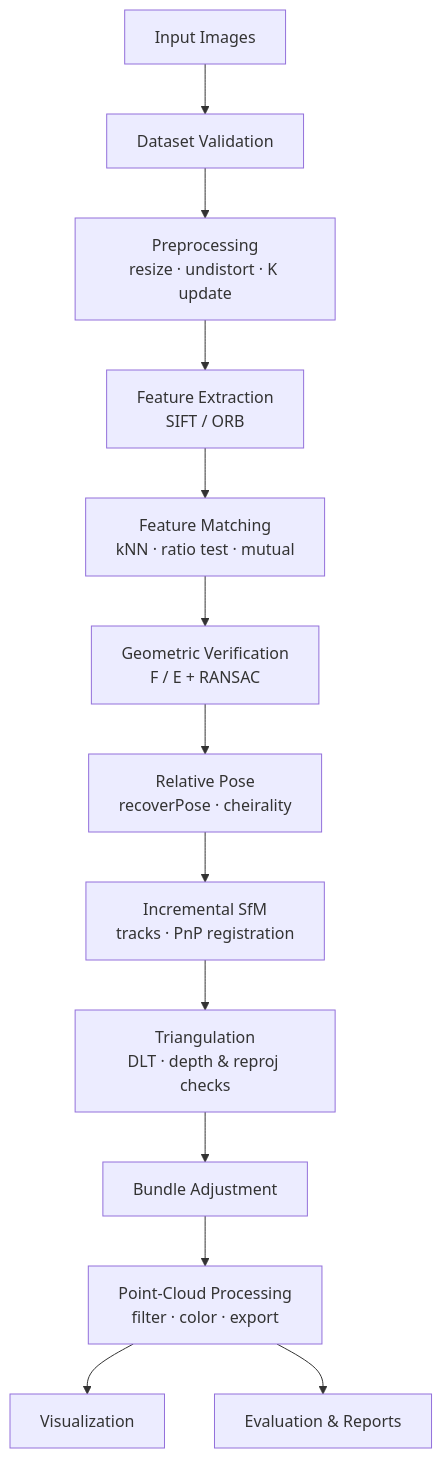
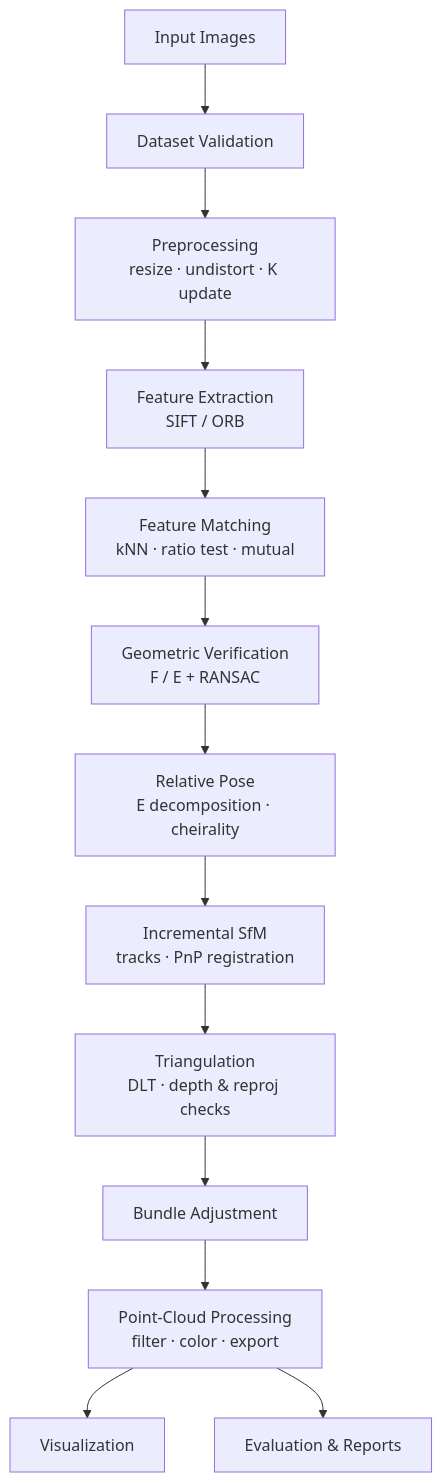
One commit to AggimallaAbhishek/Multi-View-3D-Reconstruction changed the diagram in README.md. Above: the diagram before and after it, drawn with Mermaid. The commit also changed other lines of this file and 33 other files, not shown here.

````diff
--- a/README.md
+++ b/README.md
@@ -117,15 +117,15 @@
 ```mermaid
 flowchart TD
     A[Input Images] --> B[Dataset Validation]
     B --> C[Preprocessing<br/>resize · undistort · K update]
     C --> D[Feature Extraction<br/>SIFT / ORB]
     D --> E[Feature Matching<br/>kNN · ratio test · mutual]
     E --> F[Geometric Verification<br/>F / E + RANSAC]
-    F --> G[Relative Pose<br/>recoverPose · cheirality]
+    F --> G[Relative Pose<br/>E decomposition · cheirality]
     G --> H[Incremental SfM<br/>tracks · PnP registration]
     H --> I[Triangulation<br/>DLT · depth & reproj checks]
     I --> J[Bundle Adjustment]
     J --> K[Point-Cloud Processing<br/>filter · color · export]
     K --> L[Visualization]
     K --> M[Evaluation & Reports]
 ```
````
